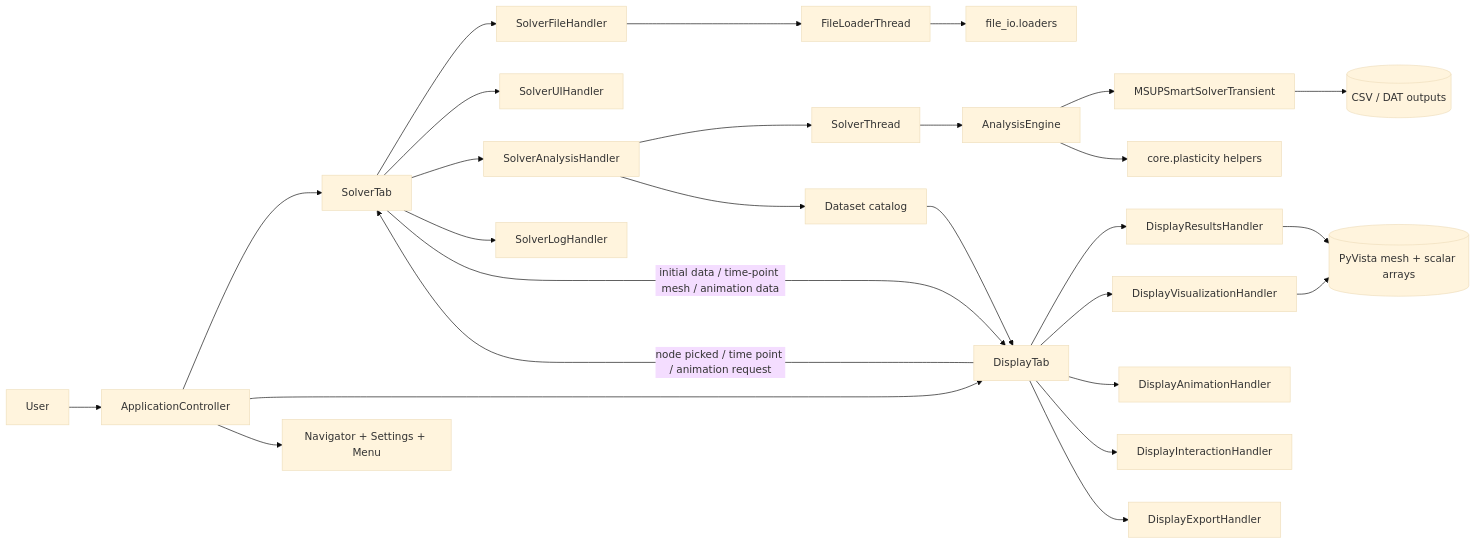
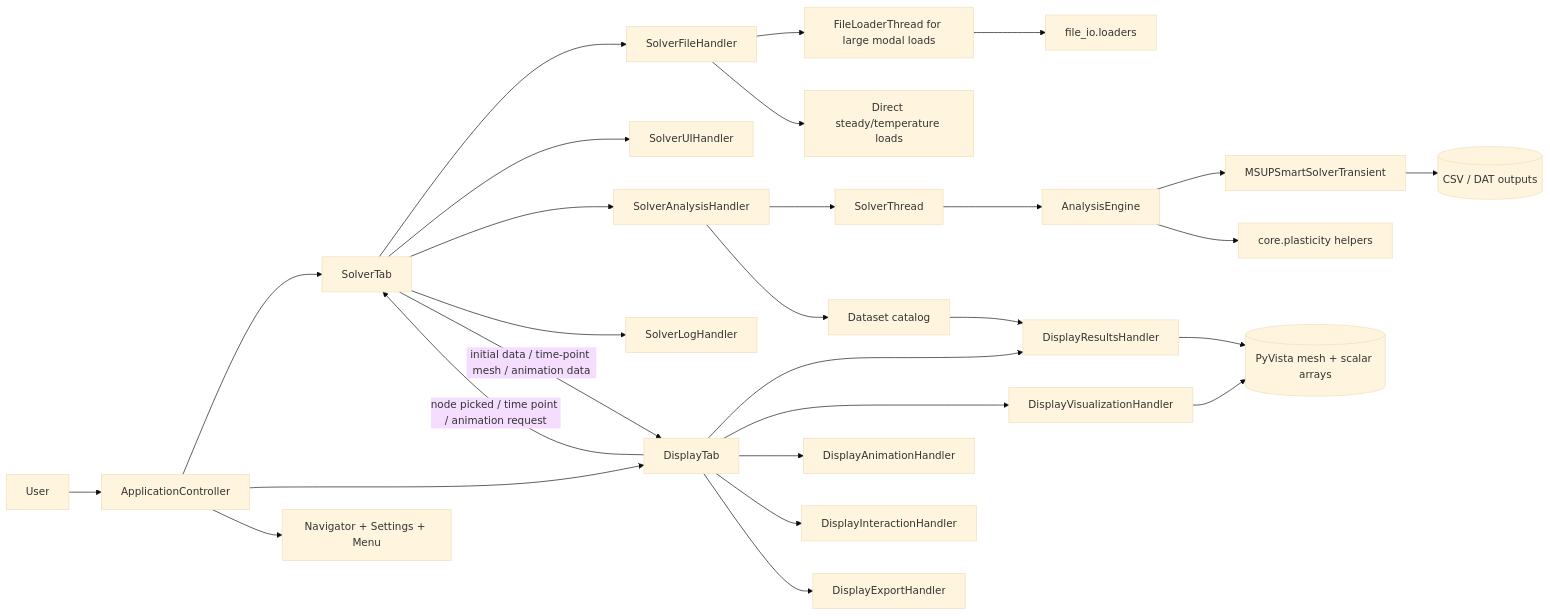
Before and after one commit to emreatay993/MARS: the first of 3 diagrams in ARCHITECTURE.md, drawn with Mermaid (base theme). The commit also changed other lines of this file and 3 other files, not shown here.

Commit message:
Update architecture and solver documentation

````diff
--- a/ARCHITECTURE.md
+++ b/ARCHITECTURE.md
@@ -42,36 +42,37 @@
 ```mermaid
 flowchart LR
     U[User] --> AC[ApplicationController]
     AC --> ST[SolverTab]
     AC --> DT[DisplayTab]
     AC --> NAV[Navigator + Settings + Menu]
 
     ST --> SFH[SolverFileHandler]
     ST --> SUI[SolverUIHandler]
     ST --> SAH[SolverAnalysisHandler]
     ST --> SLH[SolverLogHandler]
 
-    SFH --> FLT[FileLoaderThread]
+    SFH --> FLT[FileLoaderThread for large modal loads]
     FLT --> LOADERS[file_io.loaders]
+    SFH --> SYNC[Direct steady/temperature loads]
 
     SAH --> STH[SolverThread]
     STH --> AE[AnalysisEngine]
     AE --> SOLVER[MSUPSmartSolverTransient]
     AE --> PLAST[core.plasticity helpers]
 
     SOLVER --> OUT[(CSV / DAT outputs)]
     SAH --> CATALOG[Dataset catalog]
-    CATALOG --> DT
+    CATALOG --> DRH
 
     DT --> DRH[DisplayResultsHandler]
     DT --> DVH[DisplayVisualizationHandler]
     DT --> DAH[DisplayAnimationHandler]
     DT --> DIH[DisplayInteractionHandler]
     DT --> DEH[DisplayExportHandler]
 
     DRH --> MESH[(PyVista mesh + scalar arrays)]
     DVH --> MESH
 
     DT -->|node picked / time point / animation request| ST
     ST -->|initial data / time-point mesh / animation data| DT
 ```
````
